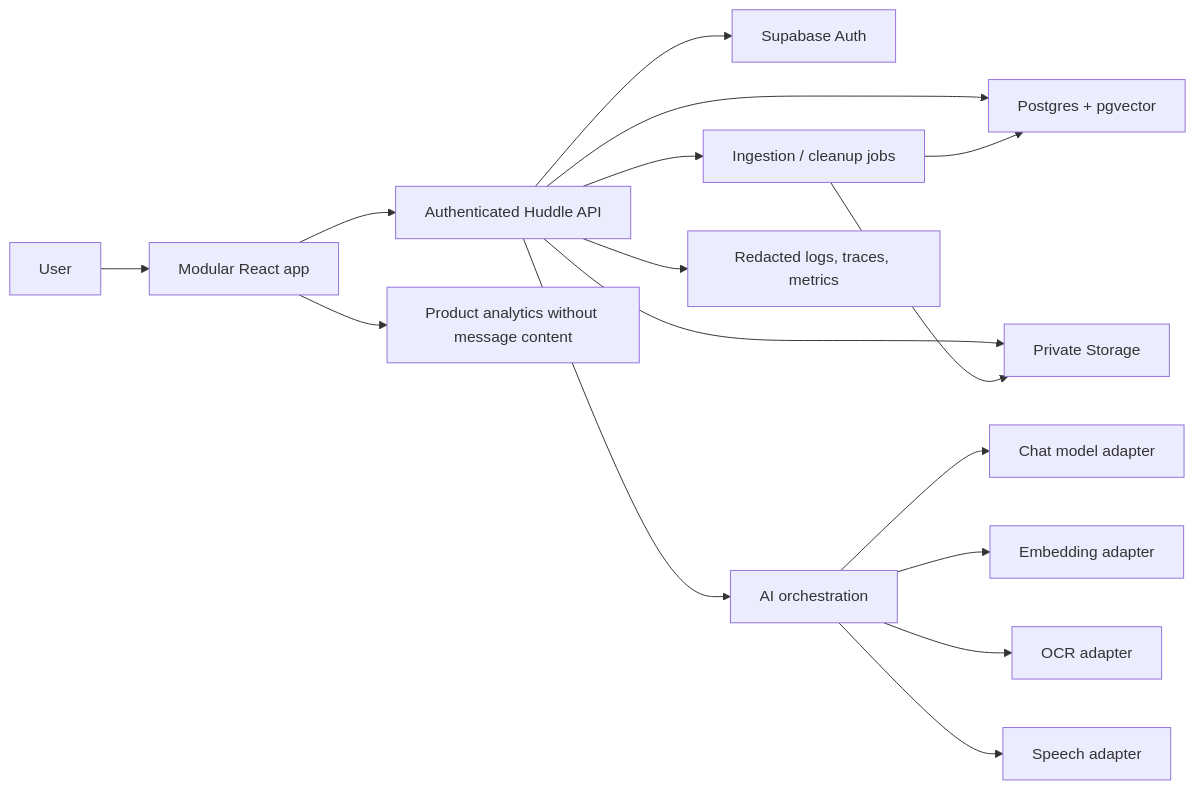
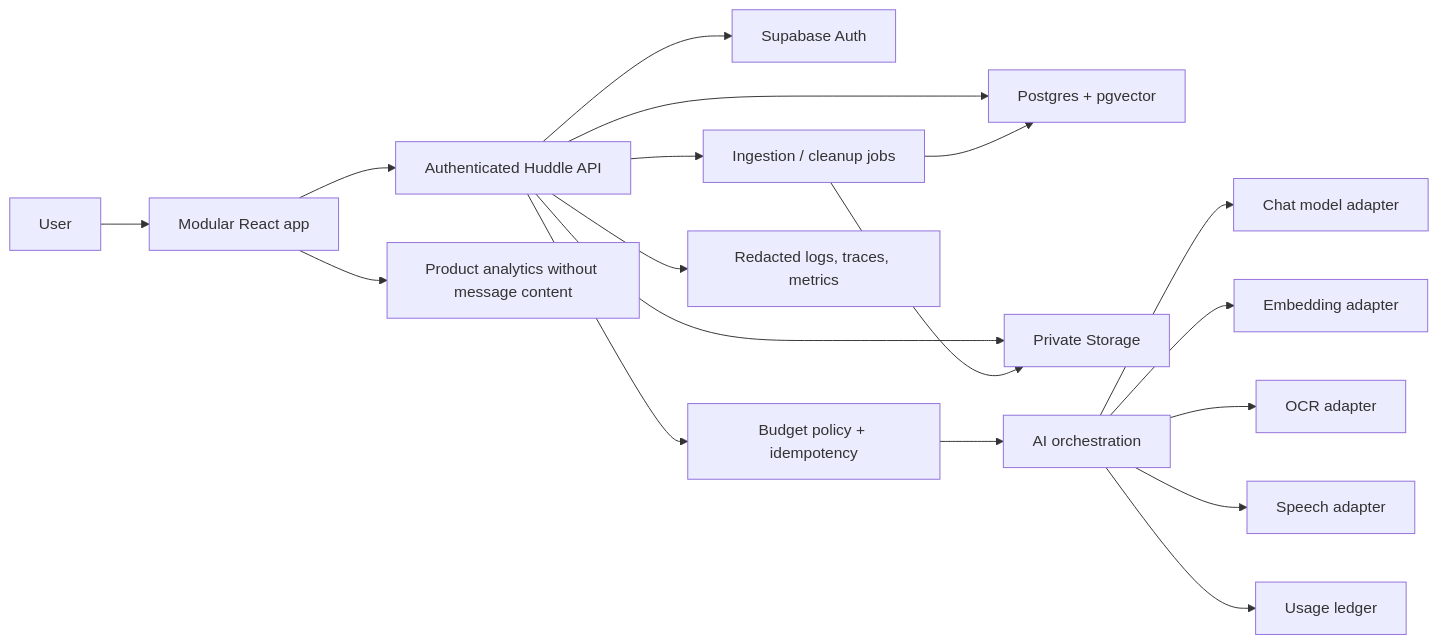
The fourth of 4 diagrams in ARCHITECTURE.md (DoubleHeelix/huddle-reply-scribe), drawn with Mermaid before and after one commit. The commit also changed other lines of this file and 94 other files, not shown here.

Commit message:
Modernize Huddle assistant flow and generation

````diff
--- a/ARCHITECTURE.md
+++ b/ARCHITECTURE.md
@@ -415,22 +436,24 @@
 ```mermaid
 flowchart LR
     U["User"] --> WEB["Modular React app"]
     WEB --> API["Authenticated Huddle API"]
 
     API --> AUTH["Supabase Auth"]
     API --> DB["Postgres + pgvector"]
     API --> PRIVATE["Private Storage"]
     API --> JOBS["Ingestion / cleanup jobs"]
-    API --> AI["AI orchestration"]
+    API --> BUDGET["Budget policy + idempotency"]
+    BUDGET --> AI["AI orchestration"]
 
     AI --> CHAT["Chat model adapter"]
     AI --> EMBED["Embedding adapter"]
     AI --> OCR["OCR adapter"]
     AI --> SPEECH["Speech adapter"]
+    AI --> USAGE["Usage ledger"]
 
     JOBS --> PRIVATE
     JOBS --> DB
 
     API --> OBS["Redacted logs, traces, metrics"]
     WEB --> ANALYTICS["Product analytics without message content"]
 ```
````
